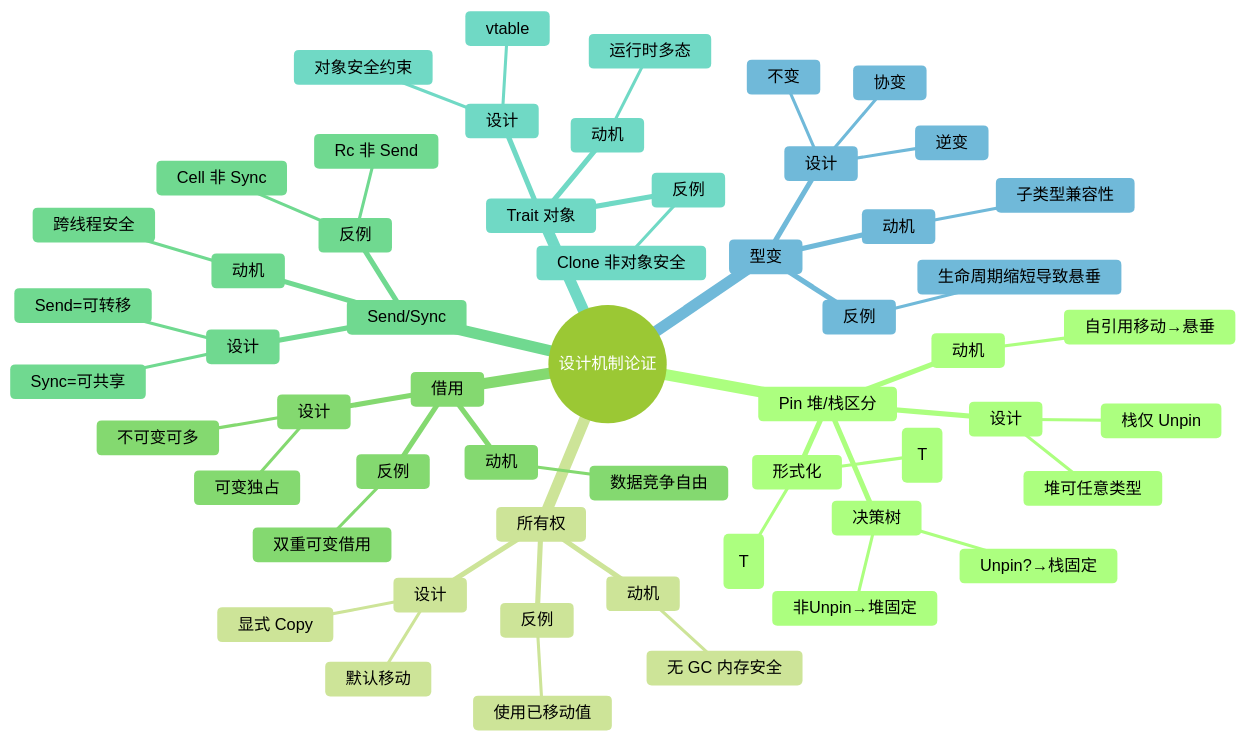
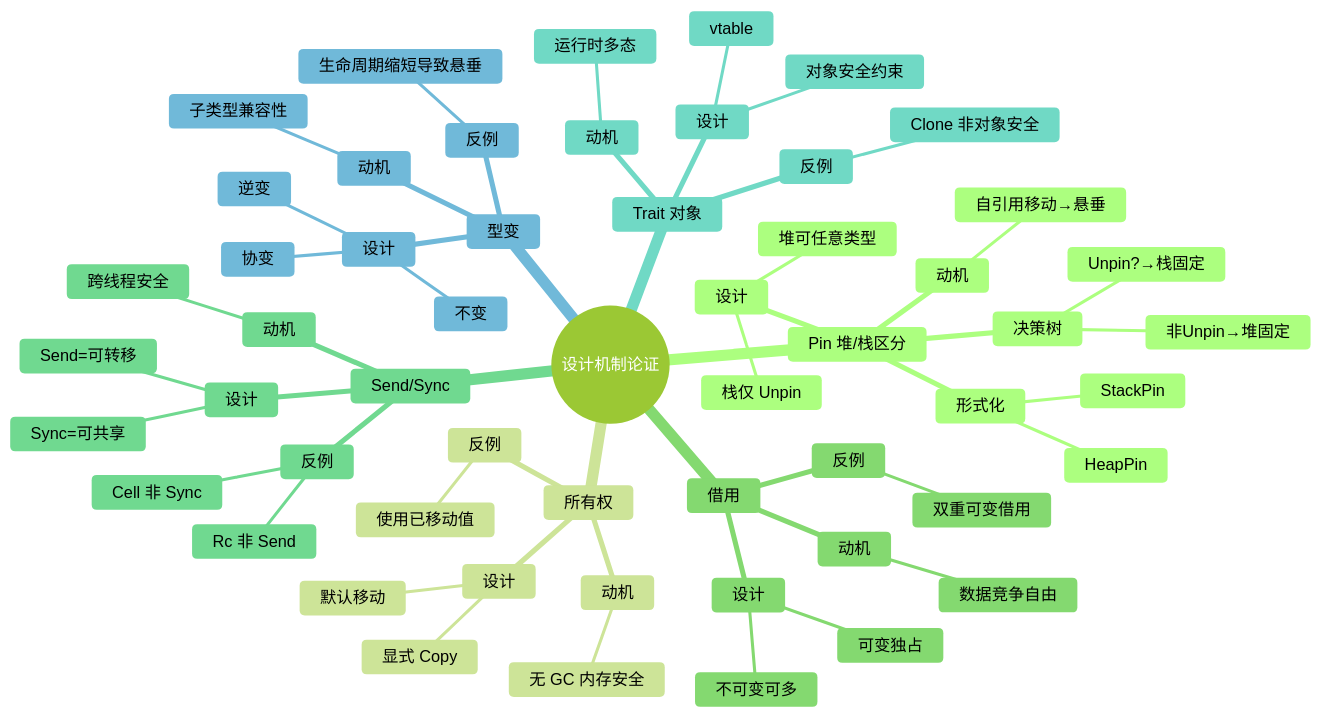
Diagram 12 of 19 in docs/04_thinking/04_mind_map_collection.md (martin-ly/rust-lang), drawn with Mermaid (forest theme) before and after one commit. The commit also changed other lines of this file and 97 other files, not shown here.

````diff
--- a/docs/04_thinking/04_mind_map_collection.md
+++ b/docs/04_thinking/04_mind_map_collection.md
@@ -707,58 +707,58 @@
 ```mermaid
 mindmap
   root((设计机制论证))
     Pin 堆/栈区分
       动机
         自引用移动→悬垂
       设计
         栈仅 Unpin
         堆可任意类型
       形式化
-        StackPin(T)
-        HeapPin(T)
+        StackPin
+        HeapPin
       决策树
         Unpin?→栈固定
         非Unpin→堆固定
     所有权
       动机
         无 GC 内存安全
       设计
         默认移动
         显式 Copy
       反例
         使用已移动值
     借用
       动机
         数据竞争自由
       设计
         可变独占
         不可变可多
       反例
         双重可变借用
     Send/Sync
       动机
         跨线程安全
       设计
         Send=可转移
         Sync=可共享
       反例
         Rc 非 Send
         Cell 非 Sync
     Trait 对象
       动机
         运行时多态
       设计
         vtable
         对象安全约束
       反例
         Clone 非对象安全
     型变
       动机
         子类型兼容性
       设计
         协变
         逆变
         不变
       反例
         生命周期缩短导致悬垂
 ```
````
